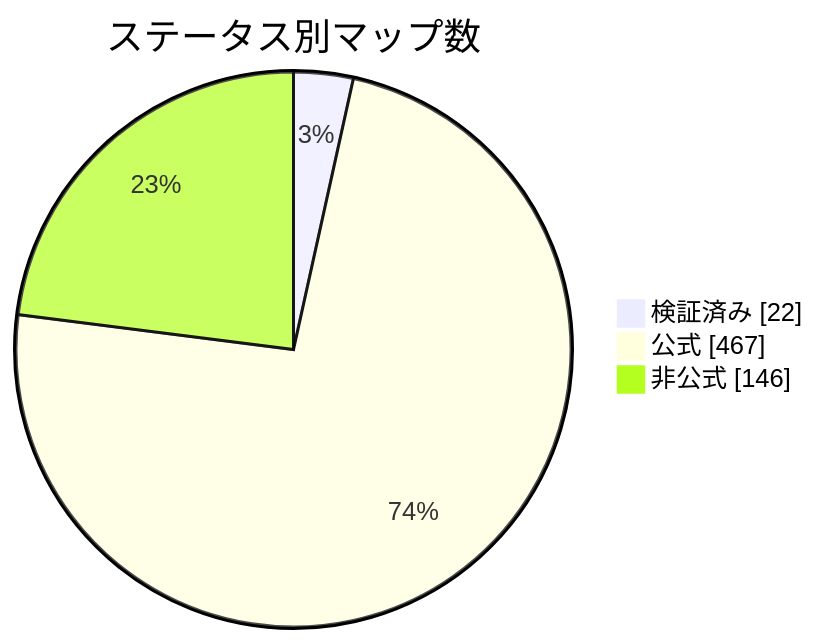
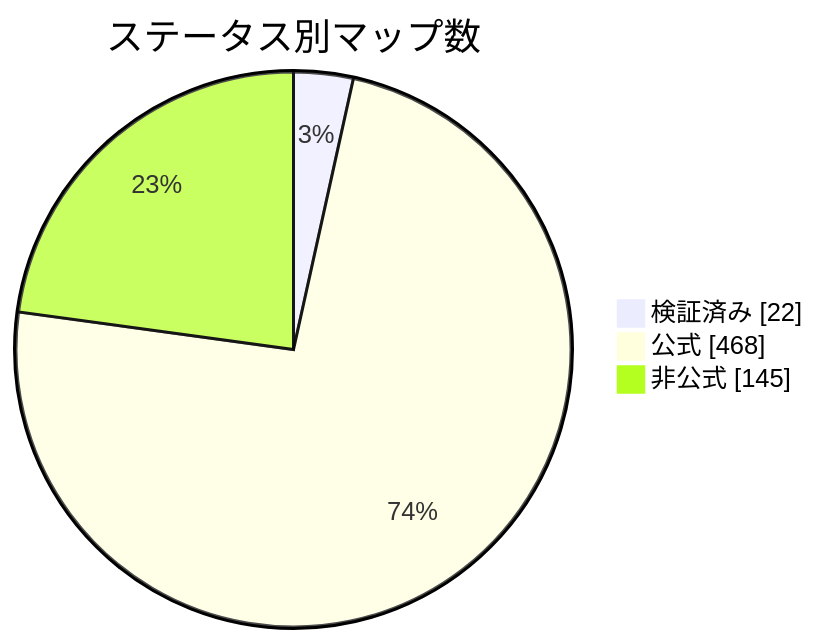
Before and after one commit to nobrega8/mbmap-library: the diagram in docs/readme/README_JP.md, drawn with Mermaid. The commit also changed 6 other files, not shown here.

````diff
--- a/docs/readme/README_JP.md
+++ b/docs/readme/README_JP.md
@@ -54,7 +54,7 @@
 ```mermaid
 pie showData
     title ステータス別マップ数
     "検証済み" : 22
-    "公式" : 467
-    "非公式" : 146
+    "公式" : 468
+    "非公式" : 145
 ```
````
